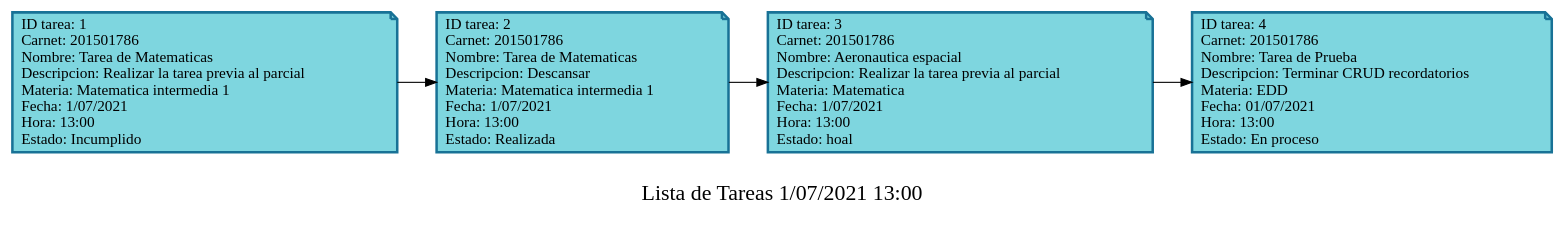
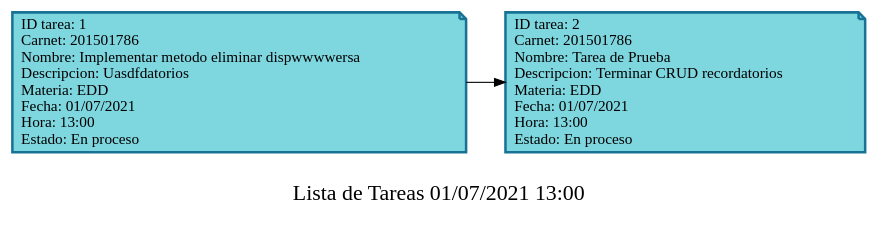
Before and after one commit to DanielDubonDR/EDD_SmartClass_201901772: the diagram in Fase_2/Archivos_dot/ListaTareas.dot, drawn with Graphviz. The commit also changed 3 other files, not shown here.

```diff
--- a/Fase_2/Archivos_dot/ListaTareas.dot
+++ b/Fase_2/Archivos_dot/ListaTareas.dot
@@ -1,14 +1,10 @@
 
         digraph List {
         rankdir=LR;
-        label="\nLista de Tareas 1/07/2021 13:00 " fontsize=20;
+        label="\nLista de Tareas 01/07/2021 13:00 " fontsize=20;
         node [shape = note, color="#187296", style=filled, fillcolor="#7ed6df" penwidth=2.3];
         
-		N1 [label="\ID tarea: 1 \lCarnet: 201501786 \lNombre: Tarea de Matematicas \lDescripcion: Realizar la tarea previa al parcial \lMateria: Matematica intermedia 1 \lFecha: 1/07/2021 \lHora: 13:00 \lEstado: Incumplido\l"];
-		N2 [label="\ID tarea: 2 \lCarnet: 201501786 \lNombre: Tarea de Matematicas \lDescripcion: Descansar \lMateria: Matematica intermedia 1 \lFecha: 1/07/2021 \lHora: 13:00 \lEstado: Realizada\l"];
-		N3 [label="\ID tarea: 3 \lCarnet: 201501786 \lNombre: Aeronautica espacial \lDescripcion: Realizar la tarea previa al parcial \lMateria: Matematica \lFecha: 1/07/2021 \lHora: 13:00 \lEstado: hoal\l"];
-		N4 [label="\ID tarea: 4 \lCarnet: 201501786 \lNombre: Tarea de Prueba \lDescripcion: Terminar CRUD recordatorios \lMateria: EDD \lFecha: 01/07/2021 \lHora: 13:00 \lEstado: En proceso\l"];
+		N1 [label="\ID tarea: 1 \lCarnet: 201501786 \lNombre: Implementar metodo eliminar dispwwwwersa \lDescripcion: Uasdfdatorios \lMateria: EDD \lFecha: 01/07/2021 \lHora: 13:00 \lEstado: En proceso\l"];
+		N2 [label="\ID tarea: 2 \lCarnet: 201501786 \lNombre: Tarea de Prueba \lDescripcion: Terminar CRUD recordatorios \lMateria: EDD \lFecha: 01/07/2021 \lHora: 13:00 \lEstado: En proceso\l"];
 		N1 -> N2
-		N2 -> N3
-		N3 -> N4
 }
```
